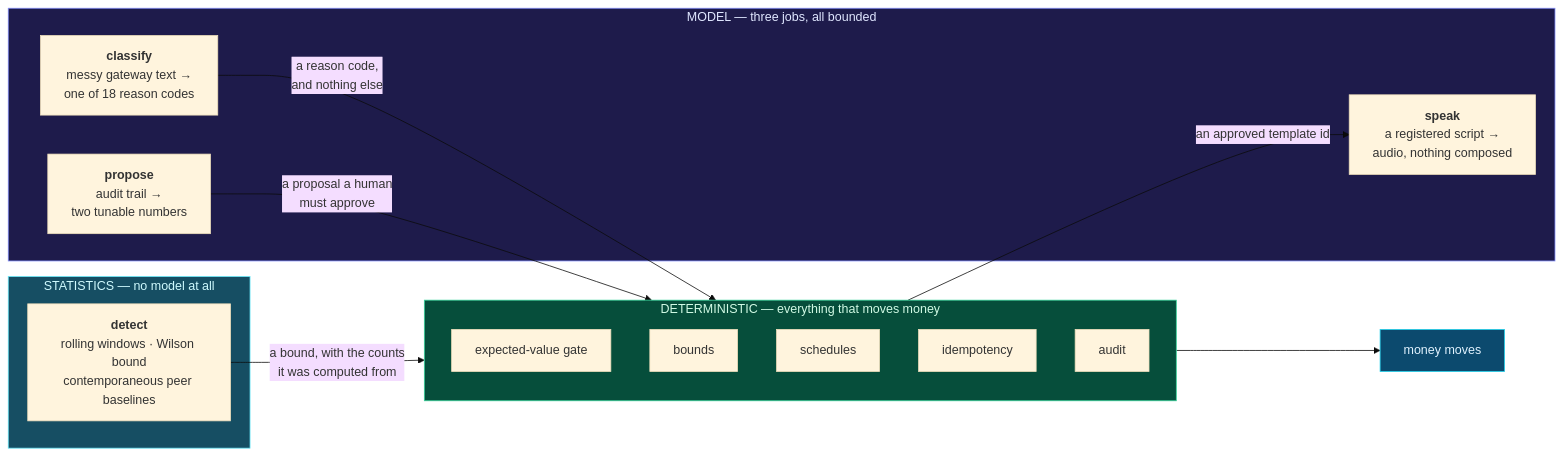
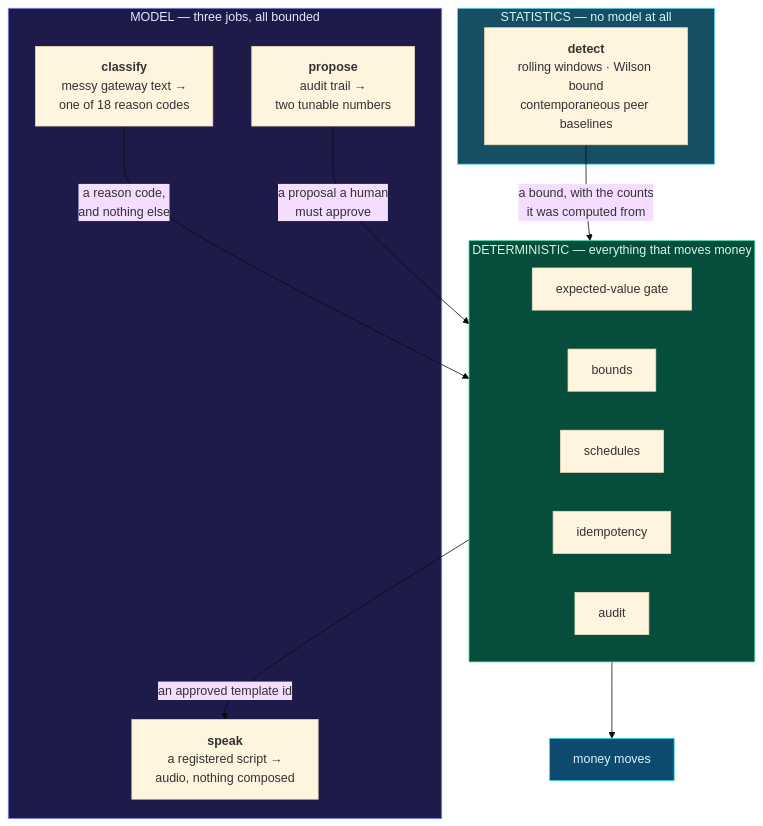
One commit to Ankit27-09/Wapsi changed diagram 14 of 15 in ARCHITECTURE.md. Above: the diagram before and after it, drawn with Mermaid (base theme). The commit also changed 1 other file, not shown here.

````diff
--- a/ARCHITECTURE.md
+++ b/ARCHITECTURE.md
@@ -702,31 +702,31 @@
 ```mermaid
-flowchart LR
+flowchart TD
     subgraph ai["MODEL — three jobs, all bounded"]
         C["<b>classify</b><br/>messy gateway text →<br/>one of 18 reason codes"]
         P["<b>propose</b><br/>audit trail →<br/>two tunable numbers"]
         V["<b>speak</b><br/>a registered script →<br/>audio, nothing composed"]
     end
 
     subgraph stat["STATISTICS — no model at all"]
         D["<b>detect</b><br/>rolling windows · Wilson bound<br/>contemporaneous peer baselines"]
     end
 
     subgraph det["DETERMINISTIC — everything that moves money"]
         G["expected-value gate"]
         B["bounds"]
         S["schedules"]
         I["idempotency"]
         A["audit"]
     end
 
     C -->|"a reason code,<br/>and nothing else"| det
     P -->|"a proposal a human<br/>must approve"| det
     D -->|"a bound, with the counts<br/>it was computed from"| det
     det -->|"an approved template id"| V
     det --> MONEY["money moves"]
 
     style ai fill:#1e1b4b,stroke:#818cf8,color:#e0e7ff
     style stat fill:#164e63,stroke:#67e8f9,color:#cffafe
     style det fill:#064e3b,stroke:#34d399,color:#d1fae5
     style MONEY fill:#0c4a6e,stroke:#22d3ee,color:#e0f2fe
 ```
````
